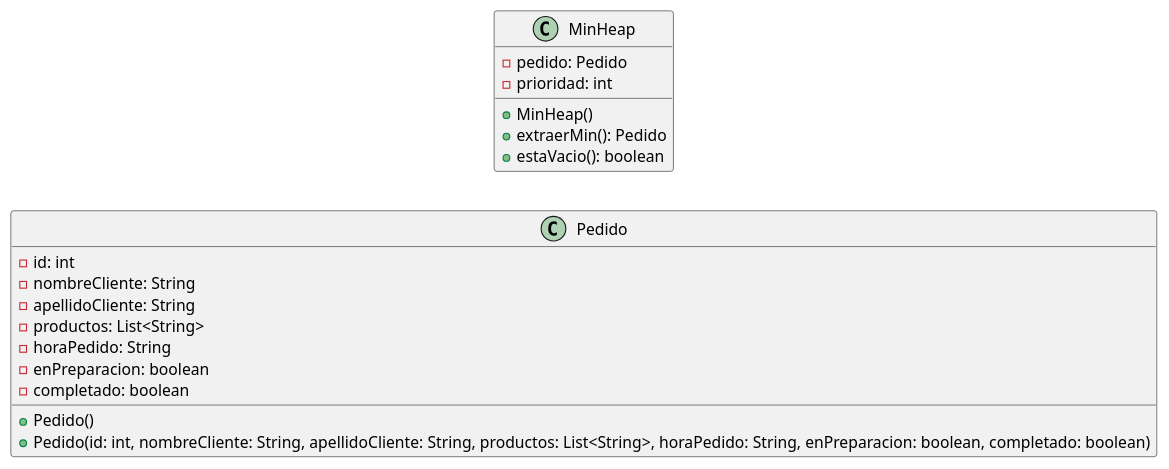
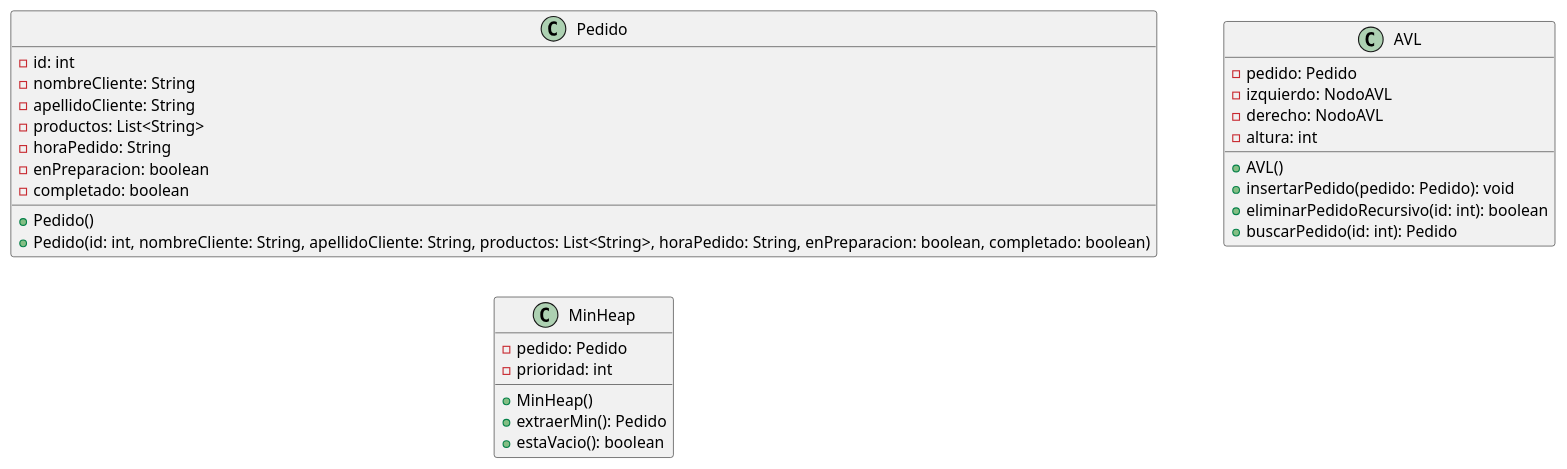
Before and after one commit to FelipeRojoC/CLION_Taller2_FelipeRojo: the diagram in DiagramaDeClases.puml, drawn with PlantUML. The commit also changed 2 other files, not shown here.

Commit message:
feat: se agrega AVL al diagrama de clases y se cambia un error de sintaxis en poner eliminarRecursivo(), por otro lado el codigo no tienen ningun error

```diff
--- a/DiagramaDeClases.puml
+++ b/DiagramaDeClases.puml
@@ -1,25 +1,36 @@
 @startuml
 
 left to right direction
 
 class Pedido{
     - id: int
     - nombreCliente: String
     - apellidoCliente: String
     - productos: List<String>
     - horaPedido: String
     - enPreparacion: boolean
     - completado: boolean
     + Pedido()
     + Pedido(id: int, nombreCliente: String, apellidoCliente: String, productos: List<String>, horaPedido: String, enPreparacion: boolean, completado: boolean)
 }
 
 class MinHeap{
     - pedido: Pedido
     - prioridad: int
     + MinHeap()
     + extraerMin(): Pedido
     + estaVacio(): boolean
 }
 
+class AVL{
+    - pedido: Pedido
+    - izquierdo: NodoAVL
+    - derecho: NodoAVL
+    - altura: int
+    + AVL()
+    + insertarPedido(pedido: Pedido): void
+    + eliminarPedidoRecursivo(id: int): boolean
+    + buscarPedido(id: int): Pedido
+}
+
 @enduml
```
